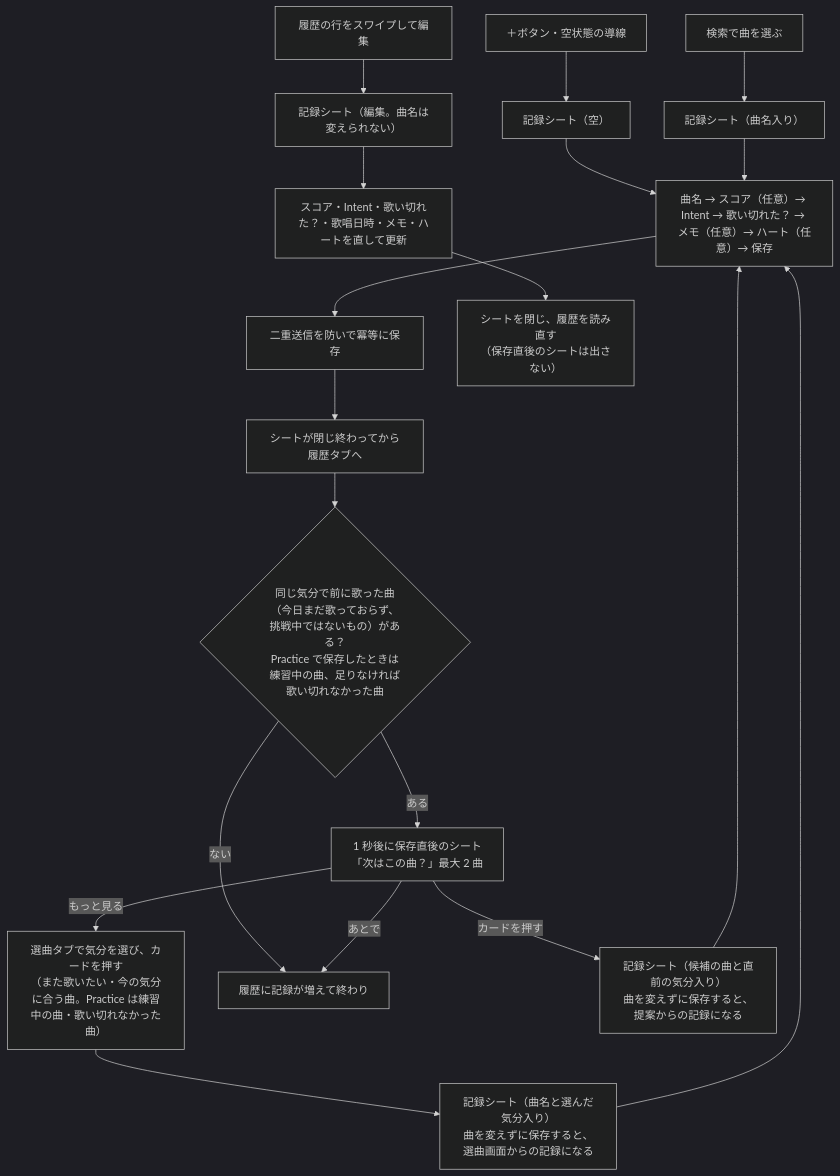
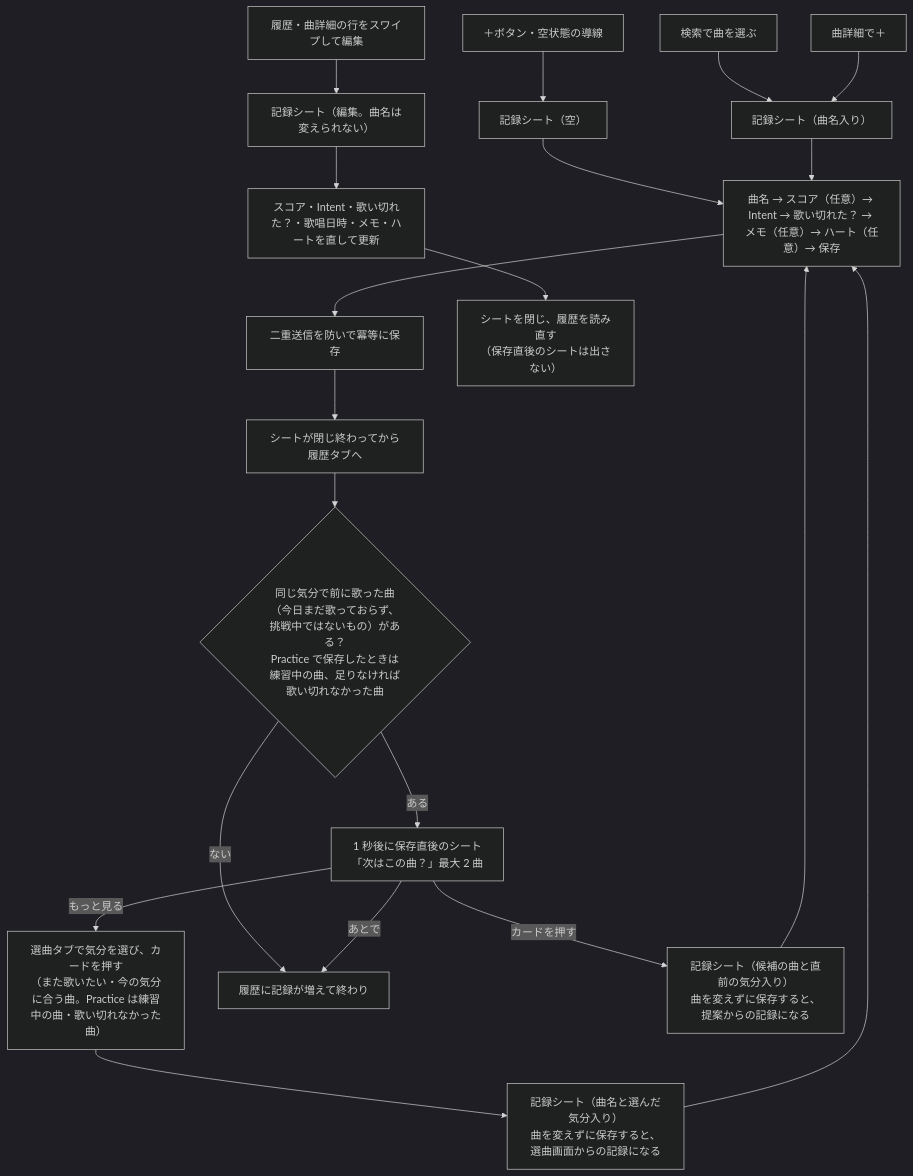
The fourth of 4 diagrams in docs/architecture.md (omomi-moti/Karaoke_support), drawn with Mermaid (dark theme) before and after one commit. The commit also changed 14 other files, not shown here.

````diff
--- a/docs/architecture.md
+++ b/docs/architecture.md
@@ -217,23 +217,24 @@
 ```mermaid
 flowchart TD
     P["＋ボタン・空状態の導線"] --> S1["記録シート（空）"]
     R["検索で曲を選ぶ"] --> S2["記録シート（曲名入り）"]
+    TD["曲詳細で＋"] --> S2
     SEL["選曲タブで気分を選び、カードを押す<br>（また歌いたい・今の気分に合う曲。Practice は練習中の曲・歌い切れなかった曲）"] --> S5["記録シート（曲名と選んだ気分入り）<br>曲を変えずに保存すると、選曲画面からの記録になる"]
-    E["履歴の行をスワイプして編集"] --> S3["記録シート（編集。曲名は変えられない）"]
+    E["履歴・曲詳細の行をスワイプして編集"] --> S3["記録シート（編集。曲名は変えられない）"]
 
     S1 --> IN["曲名 → スコア（任意）→ Intent → 歌い切れた？ → メモ（任意）→ ハート（任意）→ 保存"]
     S2 --> IN
     IN --> SAVE["二重送信を防いで冪等に保存"]
     SAVE --> CLOSE["シートが閉じ終わってから履歴タブへ"]
     CLOSE --> Q{"同じ気分で前に歌った曲<br>（今日まだ歌っておらず、挑戦中ではないもの）がある？<br>Practice で保存したときは練習中の曲、足りなければ歌い切れなかった曲"}
     Q -->|ある| AS["1 秒後に保存直後のシート<br>「次はこの曲？」最大 2 曲"]
     Q -->|ない| END["履歴に記録が増えて終わり"]
     AS -->|カードを押す| S4["記録シート（候補の曲と直前の気分入り）<br>曲を変えずに保存すると、提案からの記録になる"]
     AS -->|あとで| END
     AS -->|もっと見る| SEL
     S4 --> IN
     S5 --> IN
 
     S3 --> UP["スコア・Intent・歌い切れた？・歌唱日時・メモ・ハートを直して更新"]
     UP --> CLOSE2["シートを閉じ、履歴を読み直す<br>（保存直後のシートは出さない）"]
 ```
````
